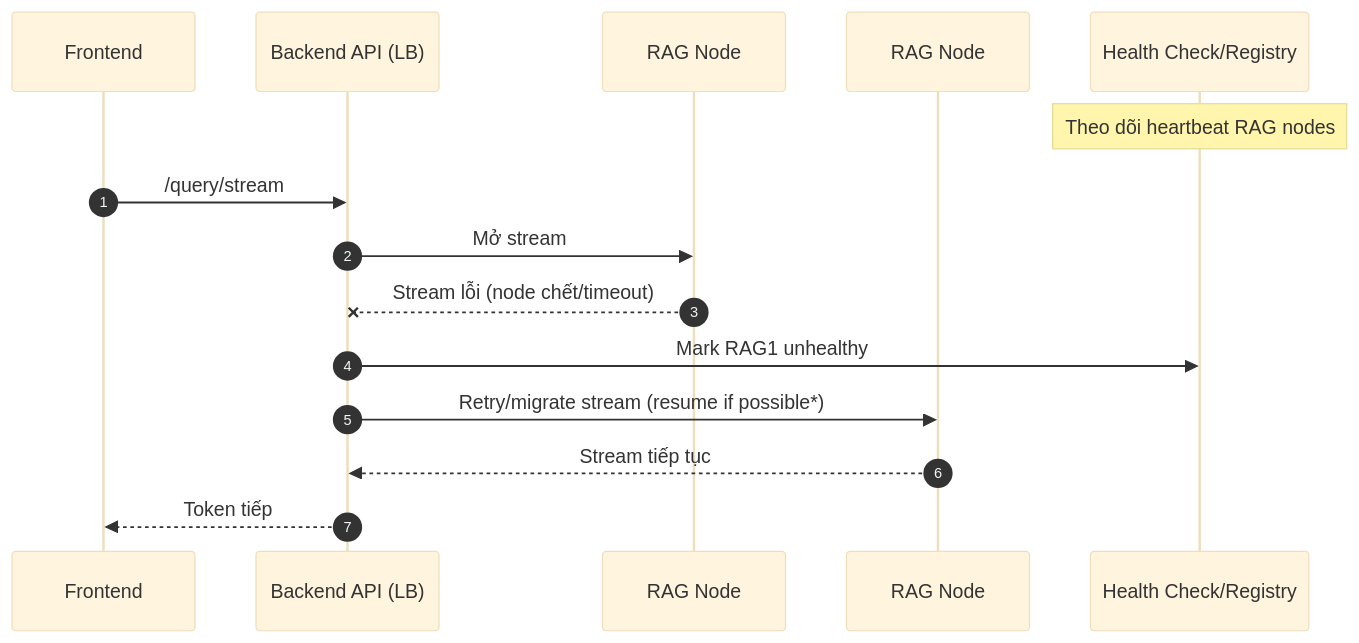
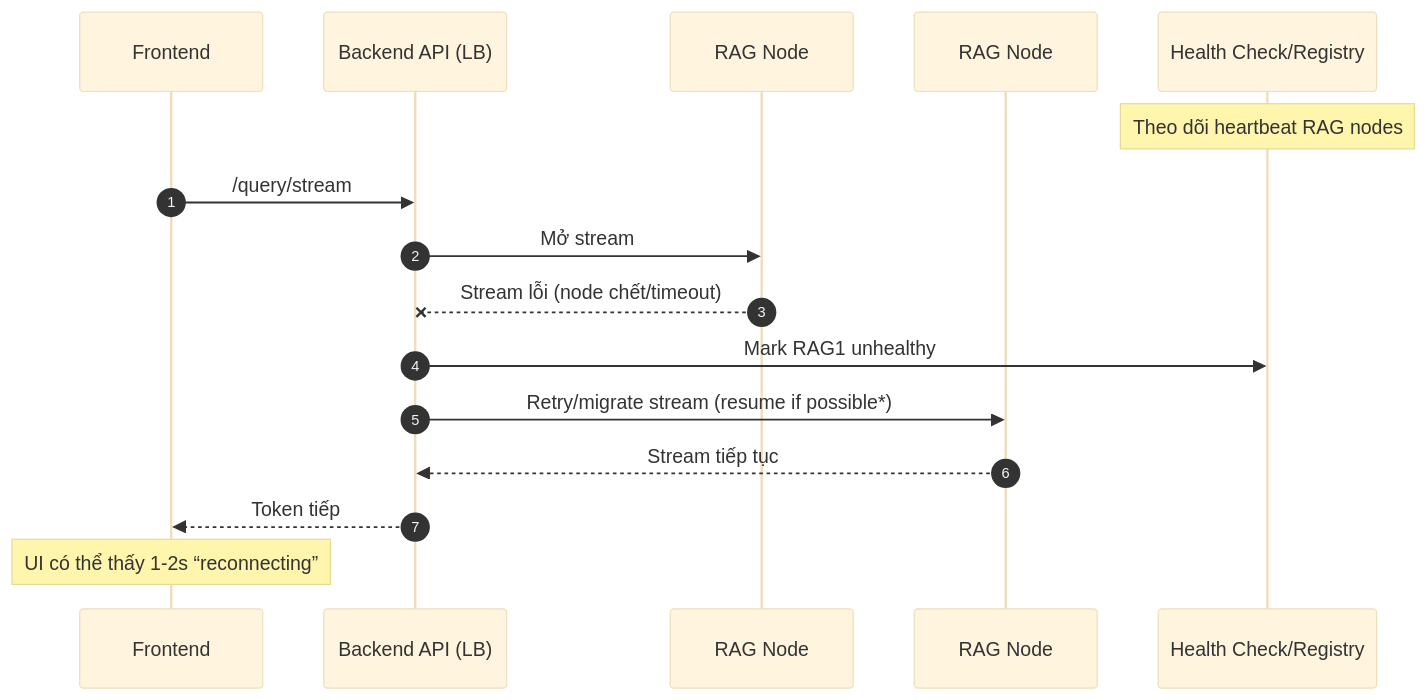
One commit to ngoquytuan/chatbotweb changed the eighth of 17 diagrams in perplexica.md. Above: the diagram before and after it, drawn with Mermaid (base theme).

````diff
--- a/perplexica.md
+++ b/perplexica.md
@@ -1276,19 +1276,19 @@
 ```mermaid
 sequenceDiagram
     autonumber
     participant UI as Frontend
     participant API as Backend API (LB)
     participant RAG1 as RAG Node #1
     participant RAG2 as RAG Node #2
     participant HC as Health Check/Registry
 
     Note over HC: Theo dõi heartbeat RAG nodes
     UI->>API: /query/stream
     API->>RAG1: Mở stream
     RAG1--x API: Stream lỗi (node chết/timeout)
     API->>HC: Mark RAG1 unhealthy
     API->>RAG2: Retry/migrate stream (resume if possible*)
     RAG2-->>API: Stream tiếp tục
     API-->>UI: Token tiếp
-    #UI có thể thấy 1-2s “reconnecting”
+    Note over UI:UI có thể thấy 1-2s “reconnecting”
 ```
````
